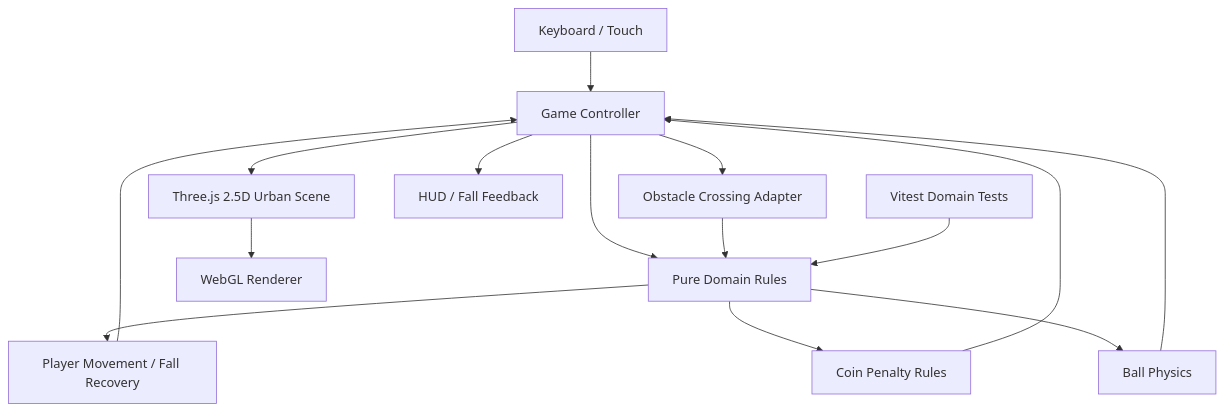
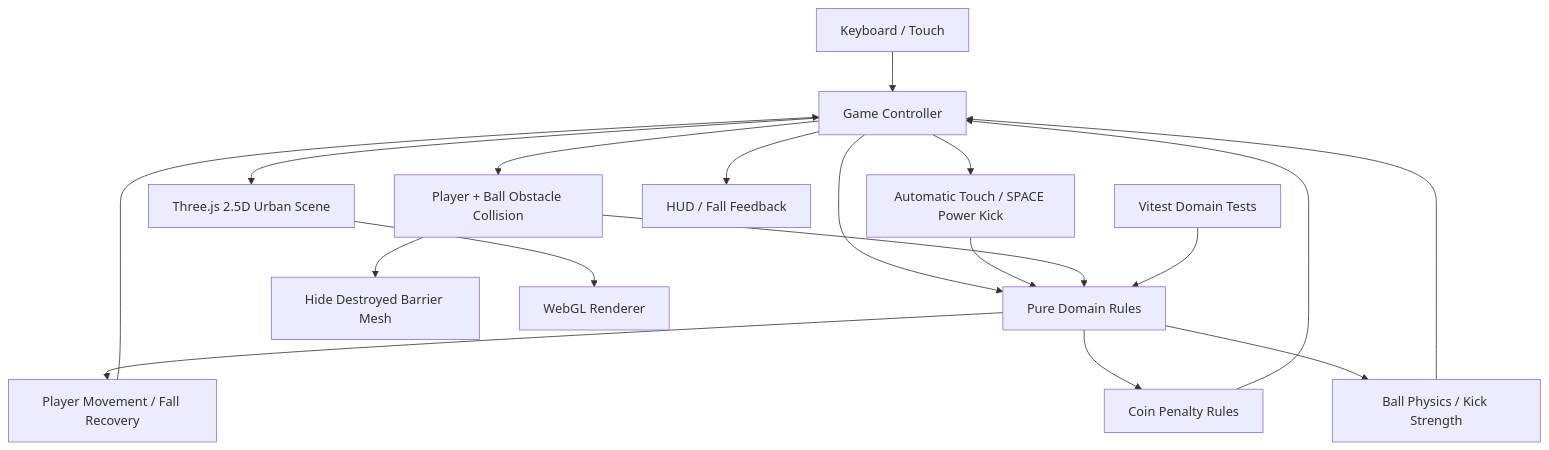
One commit to mangreen/kick-web-game changed the diagram in README.md. Above: the diagram before and after it, drawn with Mermaid. The commit also changed other lines of this file and 13 other files, not shown here.

Commit message:
feat(gameplay): add automatic light kicks and power-shot barriers

````diff
--- a/README.md
+++ b/README.md
@@ -51,17 +54,20 @@
 ```mermaid
 flowchart TD
   Input[Keyboard / Touch] --> Game[Game Controller]
   Game --> Rules[Pure Domain Rules]
   Rules --> Player[Player Movement / Fall Recovery]
   Rules --> Wallet[Coin Penalty Rules]
-  Rules --> Ball[Ball Physics]
+  Rules --> Ball[Ball Physics / Kick Strength]
   Player --> Game
   Wallet --> Game
   Ball --> Game
-  Game --> Collision[Obstacle Crossing Adapter]
+  Game --> Kick[Automatic Touch / SPACE Power Kick]
+  Kick --> Rules
+  Game --> Collision[Player + Ball Obstacle Collision]
   Collision --> Rules
+  Collision --> Barrier[Hide Destroyed Barrier Mesh]
   Game --> Scene[Three.js 2.5D Urban Scene]
   Scene --> Renderer[WebGL Renderer]
   Game --> HUD[HUD / Fall Feedback]
   Tests[Vitest Domain Tests] --> Rules
 ```
````
